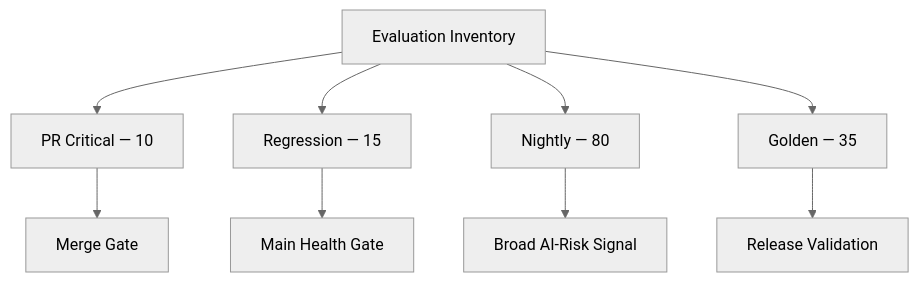
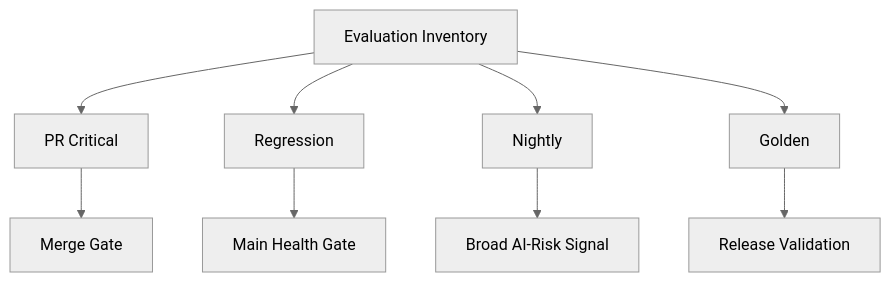
The sixth of 8 diagrams in docs/architecture.md (oleksandrserhieiev-beep/ai-qe-lab), drawn with Mermaid (neutral theme) before and after one commit. The commit also changed other lines of this file, not shown here.

Commit message:
Align architecture with current implementation

````diff
--- a/docs/architecture.md
+++ b/docs/architecture.md
@@ -209,11 +217,11 @@
 ```mermaid
 flowchart TD
-    INV[Evaluation Inventory] --> PR[PR Critical — 10]
-    INV --> RG[Regression — 15]
-    INV --> N[Nightly — 80]
-    INV --> G[Golden — 35]
+    INV[Evaluation Inventory] --> PR[PR Critical]
+    INV --> RG[Regression]
+    INV --> N[Nightly]
+    INV --> G[Golden]
     PR --> MG[Merge Gate]
     RG --> MH[Main Health Gate]
     N --> NR[Broad AI-Risk Signal]
     G --> RV[Release Validation]
 ```
````
